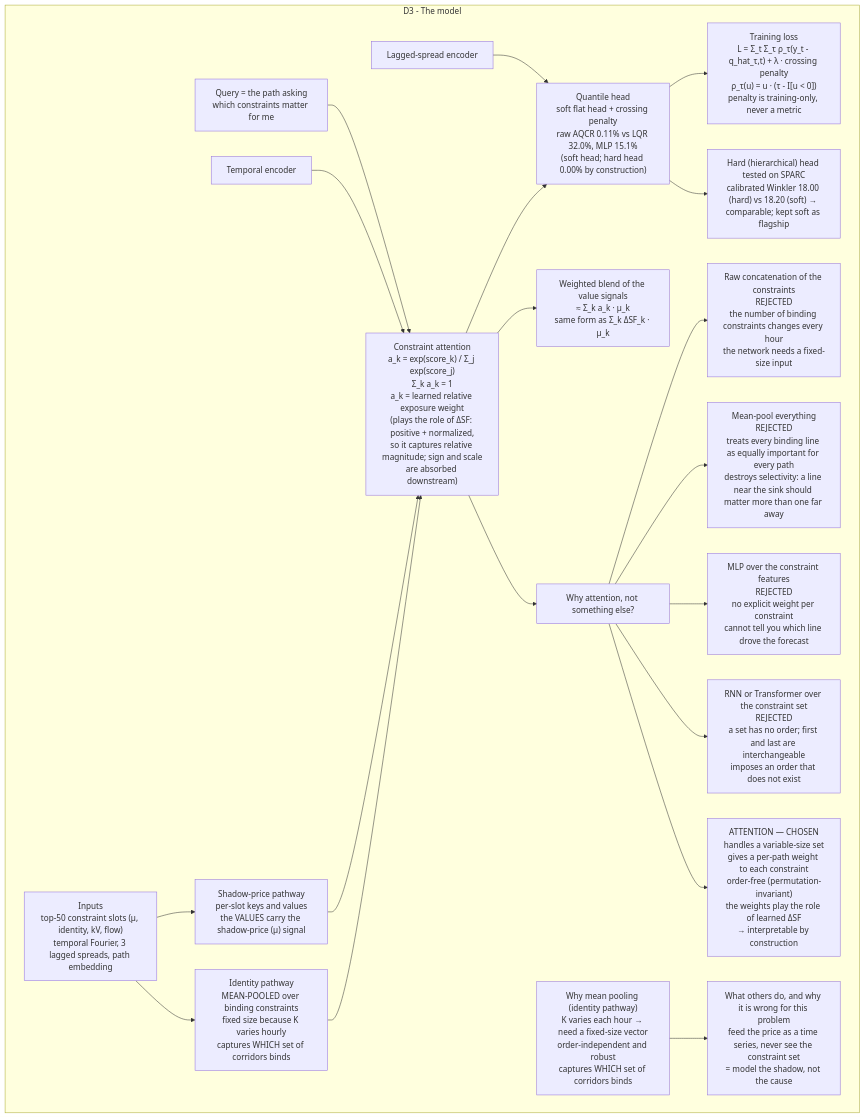
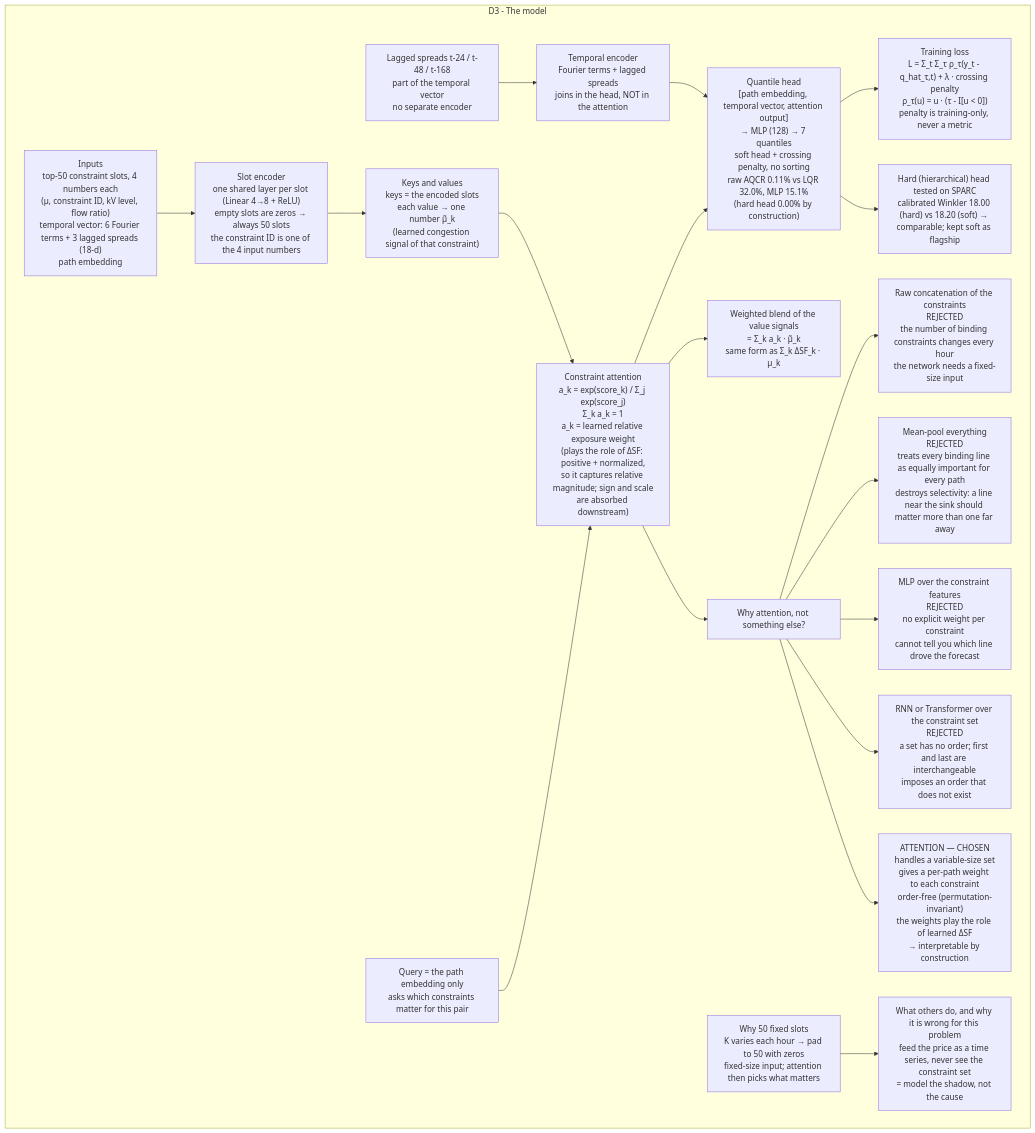
The diagram in docs/explanation/07-sparc-full-04-G_D3.mmd (L1ZLe/ercot-casp-paper), drawn with Mermaid before and after one commit. The commit also changed 44 other files, not shown here.

```diff
--- a/docs/explanation/07-sparc-full-04-G_D3.mmd
+++ b/docs/explanation/07-sparc-full-04-G_D3.mmd
@@ -1,24 +1,23 @@
 flowchart TD
 subgraph G_D3["D3 - The model"]
-    IN["Inputs<br/>top-50 constraint slots (μ, identity, kV, flow)<br/>temporal Fourier, 3 lagged spreads, path embedding"] --> ID
-    IN --> MU
-    ID["Identity pathway<br/>MEAN-POOLED over binding constraints<br/>fixed size because K varies hourly<br/>captures WHICH set of corridors binds"] --> ATTN_D3
-    MU["Shadow-price pathway<br/>per-slot keys and values<br/>the VALUES carry the shadow-price (μ) signal"] --> ATTN_D3
-    TEMP["Temporal encoder"] --> ATTN_D3
-    Q["Query = the path asking<br/>which constraints matter for me"] --> ATTN_D3
+    IN["Inputs<br/>top-50 constraint slots, 4 numbers each<br/>(μ, constraint ID, kV level, flow ratio)<br/>temporal vector: 6 Fourier terms + 3 lagged spreads (18-d)<br/>path embedding"] --> ID
+    ID["Slot encoder<br/>one shared layer per slot (Linear 4→8 + ReLU)<br/>empty slots are zeros → always 50 slots<br/>the constraint ID is one of the 4 input numbers"] --> MU
+    MU["Keys and values<br/>keys = the encoded slots<br/>each value → one number μ̃_k<br/>(learned congestion signal of that constraint)"] --> ATTN_D3
+    TEMP["Temporal encoder<br/>Fourier terms + lagged spreads<br/>joins in the head, NOT in the attention"] --> HEAD
+    Q["Query = the path embedding only<br/>asks which constraints matter for this pair"] --> ATTN_D3
     ATTN_D3["Constraint attention<br/>a_k = exp(score_k) / Σ_j exp(score_j)<br/>Σ_k a_k = 1<br/>a_k = learned relative exposure weight<br/>(plays the role of ΔSF: positive + normalized,<br/>so it captures relative magnitude; sign and scale<br/>are absorbed downstream)"] --> HEAD
-    ATTN_D3 --> BLEND["Weighted blend of the value signals<br/>≈ Σ_k a_k · μ_k<br/>same form as Σ_k ΔSF_k · μ_k"]
-    HEAD["Quantile head<br/>soft flat head + crossing penalty<br/>raw AQCR 0.11% vs LQR 32.0%, MLP 15.1%<br/>(soft head; hard head 0.00% by construction)"] --> LOSS["Training loss<br/>L = Σ_t Σ_τ ρ_τ(y_t - q_hat_τ,t) + λ · crossing penalty<br/>ρ_τ(u) = u · (τ - I[u &lt; 0])<br/>penalty is training-only, never a metric"]
+    ATTN_D3 --> BLEND["Weighted blend of the value signals<br/>= Σ_k a_k · μ̃_k<br/>same form as Σ_k ΔSF_k · μ_k"]
+    HEAD["Quantile head<br/>[path embedding, temporal vector, attention output]<br/>→ MLP (128) → 7 quantiles<br/>soft head + crossing penalty, no sorting<br/>raw AQCR 0.11% vs LQR 32.0%, MLP 15.1%<br/>(hard head 0.00% by construction)"] --> LOSS["Training loss<br/>L = Σ_t Σ_τ ρ_τ(y_t - q_hat_τ,t) + λ · crossing penalty<br/>ρ_τ(u) = u · (τ - I[u &lt; 0])<br/>penalty is training-only, never a metric"]
     HEAD --> HARD2["Hard (hierarchical) head tested on SPARC<br/>calibrated Winkler 18.00 (hard) vs 18.20 (soft) → comparable; kept soft as flagship"]
-    LAG["Lagged-spread encoder"] --> HEAD
+    LAG["Lagged spreads t-24 / t-48 / t-168<br/>part of the temporal vector<br/>no separate encoder"] --> TEMP
 
     ATTN_D3 --> WHY_ROOT["Why attention, not something else?"]
     WHY_ROOT --> A1["Raw concatenation of the constraints<br/>REJECTED<br/>the number of binding constraints changes every hour<br/>the network needs a fixed-size input"]
     WHY_ROOT --> A2["Mean-pool everything<br/>REJECTED<br/>treats every binding line as equally important for every path<br/>destroys selectivity: a line near the sink should matter more than one far away"]
     WHY_ROOT --> A3["MLP over the constraint features<br/>REJECTED<br/>no explicit weight per constraint<br/>cannot tell you which line drove the forecast"]
     WHY_ROOT --> A4["RNN or Transformer over the constraint set<br/>REJECTED<br/>a set has no order; first and last are interchangeable<br/>imposes an order that does not exist"]
     WHY_ROOT --> WIN["ATTENTION — CHOSEN<br/>handles a variable-size set<br/>gives a per-path weight to each constraint<br/>order-free (permutation-invariant)<br/>the weights play the role of learned ΔSF<br/>→ interpretable by construction"]
-    WHYID["Why mean pooling (identity pathway)<br/>K varies each hour → need a fixed-size vector<br/>order-independent and robust<br/>captures WHICH set of corridors binds"]
+    WHYID["Why 50 fixed slots<br/>K varies each hour → pad to 50 with zeros<br/>fixed-size input; attention then picks what matters"]
     OTHERS["What others do, and why it is wrong for this problem<br/>feed the price as a time series, never see the constraint set<br/>= model the shadow, not the cause"]
     WHYID --> OTHERS
   end
```
